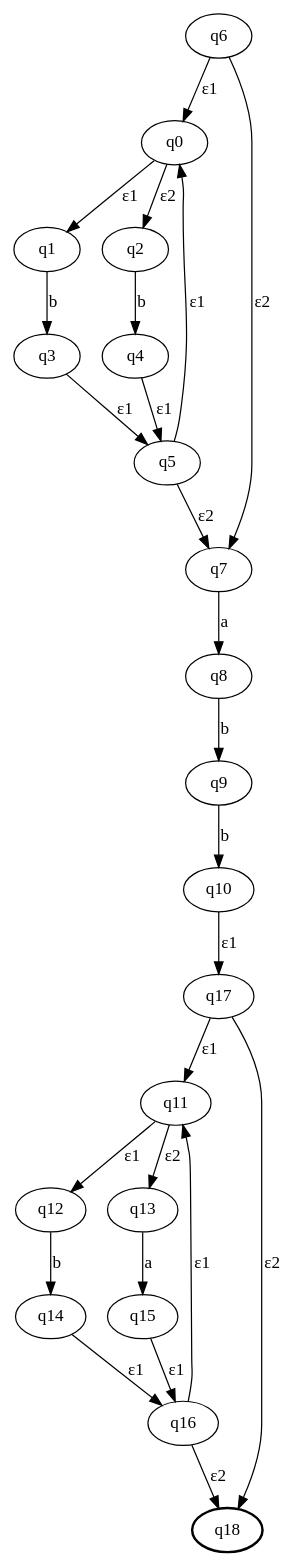
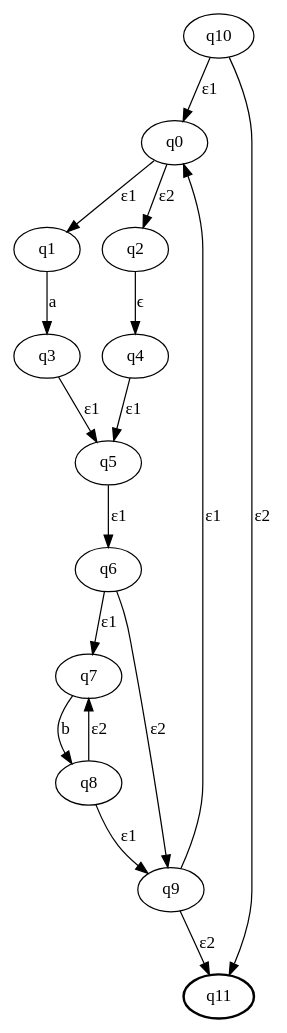
One commit to JUMPSTONIK/Proyecto---Compiladores changed the diagram in AFN.dot. Above: the diagram before and after it, drawn with Graphviz. The commit also changed 5 other files, not shown here.

```diff
--- a/AFN.dot
+++ b/AFN.dot
@@ -1,27 +1,19 @@
 digraph G{
 q0 -> q1 [label=ε1]
 q0 -> q2 [label=ε2]
-q1 -> q3 [label=b]
-q2 -> q4 [label=b]
+q1 -> q3 [label=a]
+q2 -> q4 [label=ϵ]
 q3 -> q5 [label=ε1]
 q4 -> q5 [label=ε1]
-q6 -> q0 [label=ε1]
-q6 -> q7 [label=ε2]
-q5 -> q0 [label=ε1]
-q5 -> q7 [label=ε2]
-q7 -> q8 [label=a]
-q8 -> q9 [label=b]
-q9 -> q10 [label=b]
-q11 -> q12 [label=ε1]
-q11 -> q13 [label=ε2]
-q12 -> q14 [label=b]
-q13 -> q15 [label=a]
-q14 -> q16 [label=ε1]
-q15 -> q16 [label=ε1]
-q17 -> q11 [label=ε1]
-q17 -> q18 [label=ε2]
-q16 -> q11 [label=ε1]
-q16 -> q18 [label=ε2]
-q10 -> q17 [label=ε1]
-q18 [ style=bold ]
+q6 -> q7 [label=ε1]
+q6 -> q9 [label=ε2]
+q7 -> q8 [label=b]
+q8 -> q9 [label=ε1]
+q8 -> q7 [label=ε2]
+q5 -> q6 [label=ε1]
+q10 -> q0 [label=ε1]
+q10 -> q11 [label=ε2]
+q9 -> q0 [label=ε1]
+q9 -> q11 [label=ε2]
+q11 [ style=bold ]
 }
```
